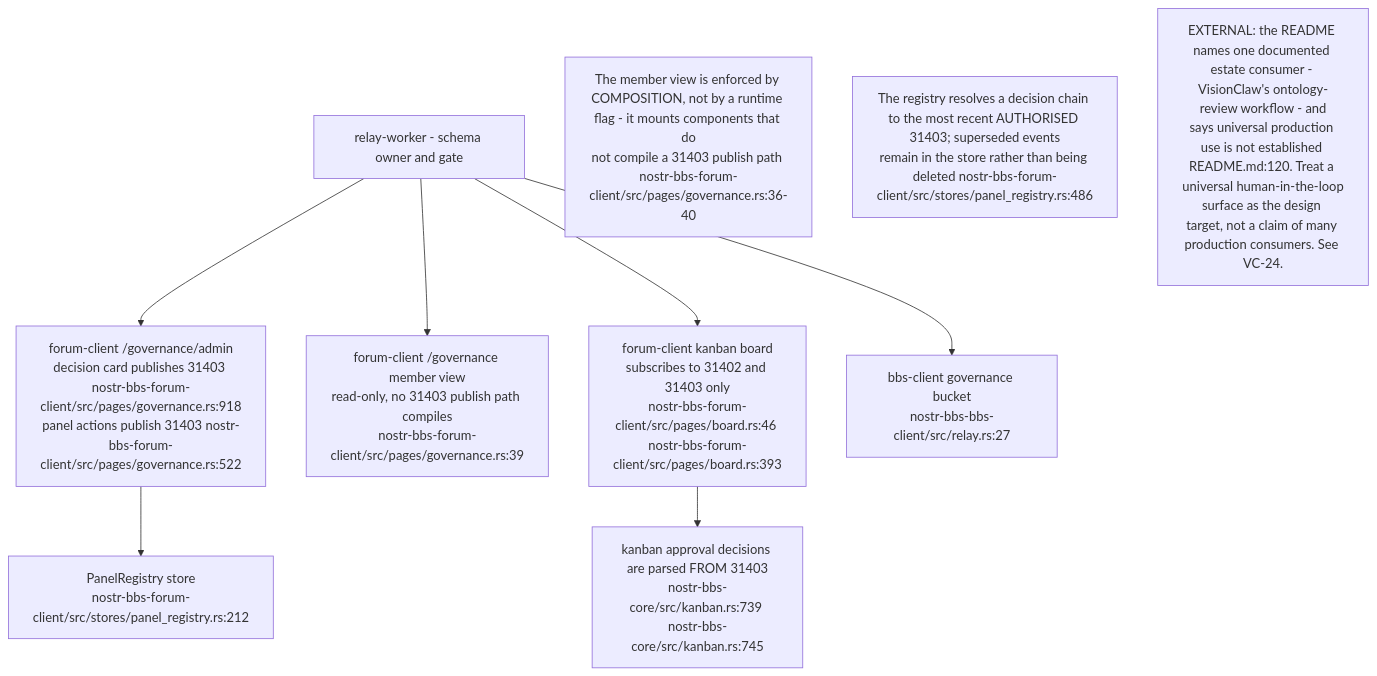
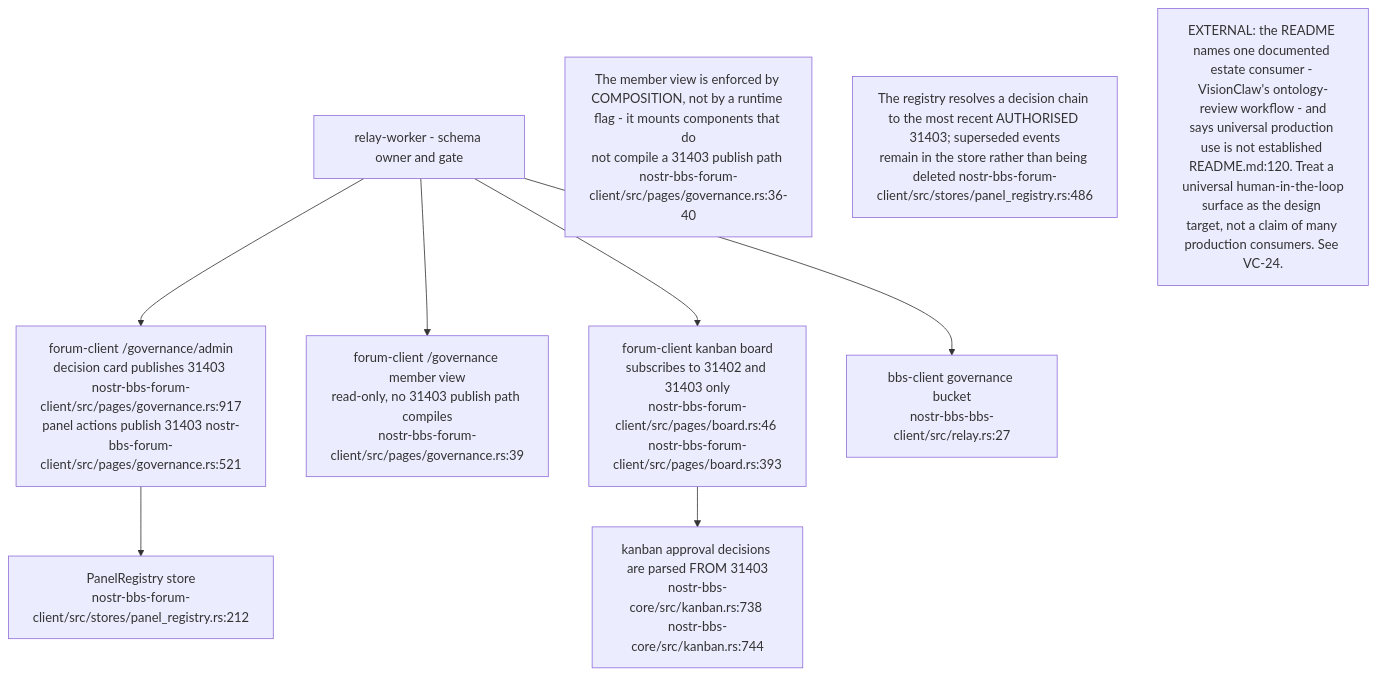
Before and after one commit to DreamLab-AI/VisionFlow: the eighth of 18 diagrams in docs/diagrams/nostr-rust-forum/06-agent-control-surface-31400-31405.md, drawn with Mermaid. The commit also changed other lines of this file, not shown here.

First line of the commit message:
docs(diagrams): NF-06 re-verified at nostr-rust-forum af4f0d5

````diff
--- a/docs/diagrams/nostr-rust-forum/06-agent-control-surface-31400-31405.md
+++ b/docs/diagrams/nostr-rust-forum/06-agent-control-surface-31400-31405.md
@@ -257,18 +257,18 @@
 ```mermaid
 flowchart TB
     RELAY["relay-worker - schema owner and gate"]
-    FCADMIN["forum-client /governance/admin<br/>decision card publishes 31403 nostr-bbs-forum-client/src/pages/governance.rs:918<br/>panel actions publish 31403 nostr-bbs-forum-client/src/pages/governance.rs:522"]
+    FCADMIN["forum-client /governance/admin<br/>decision card publishes 31403 nostr-bbs-forum-client/src/pages/governance.rs:917<br/>panel actions publish 31403 nostr-bbs-forum-client/src/pages/governance.rs:521"]
     FCMEM["forum-client /governance member view<br/>read-only, no 31403 publish path compiles<br/>nostr-bbs-forum-client/src/pages/governance.rs:39"]
     BOARD["forum-client kanban board<br/>subscribes to 31402 and 31403 only<br/>nostr-bbs-forum-client/src/pages/board.rs:46 nostr-bbs-forum-client/src/pages/board.rs:393"]
     REG["PanelRegistry store<br/>nostr-bbs-forum-client/src/stores/panel_registry.rs:212"]
     BBS["bbs-client governance bucket<br/>nostr-bbs-bbs-client/src/relay.rs:27"]
-    KAN["kanban approval decisions are parsed FROM 31403<br/>nostr-bbs-core/src/kanban.rs:739 nostr-bbs-core/src/kanban.rs:745"]
+    KAN["kanban approval decisions are parsed FROM 31403<br/>nostr-bbs-core/src/kanban.rs:738 nostr-bbs-core/src/kanban.rs:744"]
 
     RELAY --> FCADMIN & FCMEM & BOARD & BBS
     FCADMIN --> REG
     BOARD --> KAN
 
     N1["The member view is enforced by COMPOSITION, not by a runtime flag - it mounts components that do<br/>not compile a 31403 publish path nostr-bbs-forum-client/src/pages/governance.rs:36-40"]
     N2["The registry resolves a decision chain to the most recent AUTHORISED 31403; superseded events<br/>remain in the store rather than being deleted nostr-bbs-forum-client/src/stores/panel_registry.rs:486"]
     N3["EXTERNAL: the README names one documented estate consumer - VisionClaw's ontology-review workflow - and<br/>says universal production use is not established README.md:120. Treat a universal human-in-the-loop<br/>surface as the design target, not a claim of many production consumers. See VC-24."]
 ```
````
